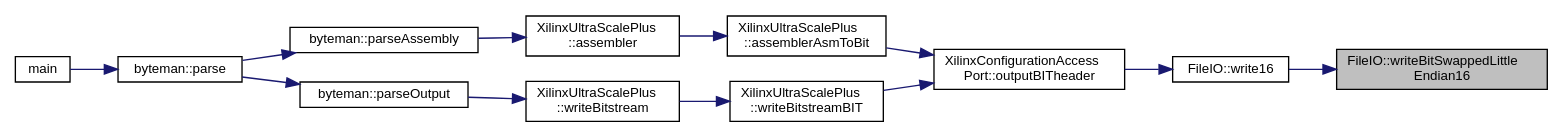
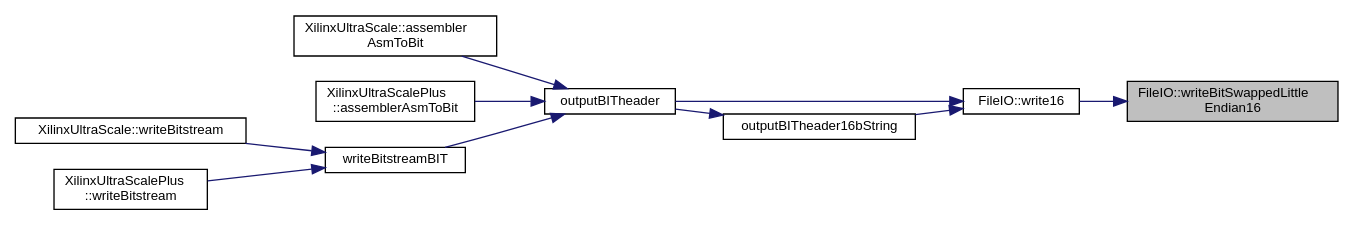
Before and after one commit to FPGA-Research-Manchester/byteman: the diagram in namespaceFileIO_ac8d0bf27e959dcb5ff6dc46f4a084f35_icgraph.dot, drawn with Graphviz. The commit also changed 2369 other files, not shown here.

```diff
--- a/namespaceFileIO_ac8d0bf27e959dcb5ff6dc46f4a084f35_icgraph.dot
+++ b/namespaceFileIO_ac8d0bf27e959dcb5ff6dc46f4a084f35_icgraph.dot
@@ -1,30 +1,26 @@
 digraph "FileIO::writeBitSwappedLittleEndian16"
 {
  // INTERACTIVE_SVG=YES
  // LATEX_PDF_SIZE
   edge [fontname="Helvetica",fontsize="10",labelfontname="Helvetica",labelfontsize="10"];
   node [fontname="Helvetica",fontsize="10",shape=record];
   rankdir="RL";
   Node1 [label="FileIO::writeBitSwappedLittle\lEndian16",height=0.2,width=0.4,color="black", fillcolor="grey75", style="filled", fontcolor="black",tooltip=" "];
   Node1 -> Node2 [dir="back",color="midnightblue",fontsize="10",style="solid",fontname="Helvetica"];
-  Node2 [label="FileIO::write16",height=0.2,width=0.4,color="black", fillcolor="white", style="filled",URL="$namespaceFileIO.html#af1f2fd16a042a61fb659f8b4ffa33055",tooltip=" "];
+  Node2 [label="FileIO::write16",height=0.2,width=0.4,color="black", fillcolor="white", style="filled",URL="$namespaceFileIO.html#ad1f1d0f27f31758bf9e62d4461cc22e4",tooltip=" "];
   Node2 -> Node3 [dir="back",color="midnightblue",fontsize="10",style="solid",fontname="Helvetica"];
-  Node3 [label="XilinxConfigurationAccess\lPort::outputBITheader",height=0.2,width=0.4,color="black", fillcolor="white", style="filled",URL="$classXilinxConfigurationAccessPort.html#a80c8f1b9404adad15c0eb26612e0f028",tooltip=" "];
+  Node3 [label="outputBITheader",height=0.2,width=0.4,color="black", fillcolor="white", style="filled",URL="$XCAP__inline__Output_8h.html#a91979dffab085f36666aabd8b3b62934",tooltip=" "];
   Node3 -> Node4 [dir="back",color="midnightblue",fontsize="10",style="solid",fontname="Helvetica"];
-  Node4 [label="XilinxUltraScalePlus\l::assemblerAsmToBit",height=0.2,width=0.4,color="black", fillcolor="white", style="filled",URL="$classXilinxUltraScalePlus.html#a058802c627c4177c6fd88ca079551207",tooltip=" "];
-  Node4 -> Node5 [dir="back",color="midnightblue",fontsize="10",style="solid",fontname="Helvetica"];
-  Node5 [label="XilinxUltraScalePlus\l::assembler",height=0.2,width=0.4,color="black", fillcolor="white", style="filled",URL="$classXilinxUltraScalePlus.html#a53e5f6ec962f1f2a961f90b8b9e90e10",tooltip=" "];
-  Node5 -> Node6 [dir="back",color="midnightblue",fontsize="10",style="solid",fontname="Helvetica"];
-  Node6 [label="byteman::parseAssembly",height=0.2,width=0.4,color="black", fillcolor="white", style="filled",URL="$classbyteman.html#a5e7f2e31d95626075a6ce22b54ecbbf8",tooltip=" "];
+  Node4 [label="XilinxUltraScale::assembler\lAsmToBit",height=0.2,width=0.4,color="black", fillcolor="white", style="filled",URL="$classXilinxUltraScale.html#ae59064108c5ceddce061542356c05a41",tooltip=" "];
+  Node3 -> Node5 [dir="back",color="midnightblue",fontsize="10",style="solid",fontname="Helvetica"];
+  Node5 [label="XilinxUltraScalePlus\l::assemblerAsmToBit",height=0.2,width=0.4,color="black", fillcolor="white", style="filled",URL="$classXilinxUltraScalePlus.html#a058802c627c4177c6fd88ca079551207",tooltip=" "];
+  Node3 -> Node6 [dir="back",color="midnightblue",fontsize="10",style="solid",fontname="Helvetica"];
+  Node6 [label="writeBitstreamBIT",height=0.2,width=0.4,color="black", fillcolor="white", style="filled",URL="$XCAP__inline__Output_8h.html#a7fb90fced1a719d94263f1c2e812ddb7",tooltip=" "];
   Node6 -> Node7 [dir="back",color="midnightblue",fontsize="10",style="solid",fontname="Helvetica"];
-  Node7 [label="byteman::parse",height=0.2,width=0.4,color="black", fillcolor="white", style="filled",URL="$classbyteman.html#a0ce0e992678e3f8b51cc5e01cea14ddb",tooltip=" "];
-  Node7 -> Node8 [dir="back",color="midnightblue",fontsize="10",style="solid",fontname="Helvetica"];
-  Node8 [label="main",height=0.2,width=0.4,color="black", fillcolor="white", style="filled",URL="$byteman_8cpp.html#a0ddf1224851353fc92bfbff6f499fa97",tooltip=" "];
-  Node3 -> Node9 [dir="back",color="midnightblue",fontsize="10",style="solid",fontname="Helvetica"];
-  Node9 [label="XilinxUltraScalePlus\l::writeBitstreamBIT",height=0.2,width=0.4,color="black", fillcolor="white", style="filled",URL="$classXilinxUltraScalePlus.html#aafc764306446548f9127f3e30759af49",tooltip=" "];
-  Node9 -> Node10 [dir="back",color="midnightblue",fontsize="10",style="solid",fontname="Helvetica"];
-  Node10 [label="XilinxUltraScalePlus\l::writeBitstream",height=0.2,width=0.4,color="black", fillcolor="white", style="filled",URL="$classXilinxUltraScalePlus.html#a7f2a7c34766d004adc6f1cfe1bdd62e7",tooltip=" "];
-  Node10 -> Node11 [dir="back",color="midnightblue",fontsize="10",style="solid",fontname="Helvetica"];
-  Node11 [label="byteman::parseOutput",height=0.2,width=0.4,color="black", fillcolor="white", style="filled",URL="$classbyteman.html#a2ff1e5c9e9b542e9f74768b296ace32f",tooltip=" "];
-  Node11 -> Node7 [dir="back",color="midnightblue",fontsize="10",style="solid",fontname="Helvetica"];
+  Node7 [label="XilinxUltraScale::writeBitstream",height=0.2,width=0.4,color="black", fillcolor="white", style="filled",URL="$classXilinxUltraScale.html#ae7bdd2bbb29cb3ef06c611605d997287",tooltip=" "];
+  Node6 -> Node8 [dir="back",color="midnightblue",fontsize="10",style="solid",fontname="Helvetica"];
+  Node8 [label="XilinxUltraScalePlus\l::writeBitstream",height=0.2,width=0.4,color="black", fillcolor="white", style="filled",URL="$classXilinxUltraScalePlus.html#a7f2a7c34766d004adc6f1cfe1bdd62e7",tooltip=" "];
+  Node2 -> Node9 [dir="back",color="midnightblue",fontsize="10",style="solid",fontname="Helvetica"];
+  Node9 [label="outputBITheader16bString",height=0.2,width=0.4,color="black", fillcolor="white", style="filled",URL="$XCAP__inline__Output_8h.html#aaa6c2b6118fc7ead31645081b43ff737",tooltip=" "];
+  Node9 -> Node3 [dir="back",color="midnightblue",fontsize="10",style="solid",fontname="Helvetica"];
 }
```
